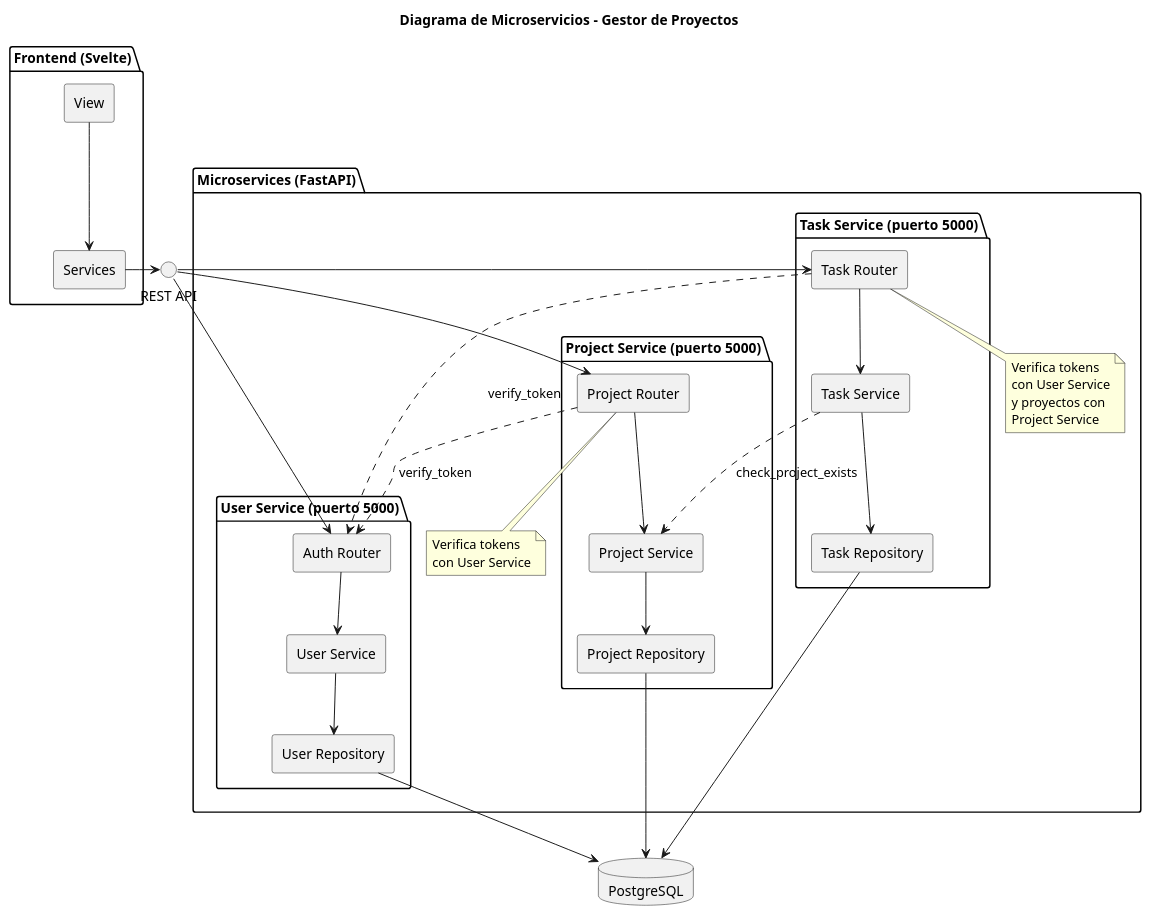
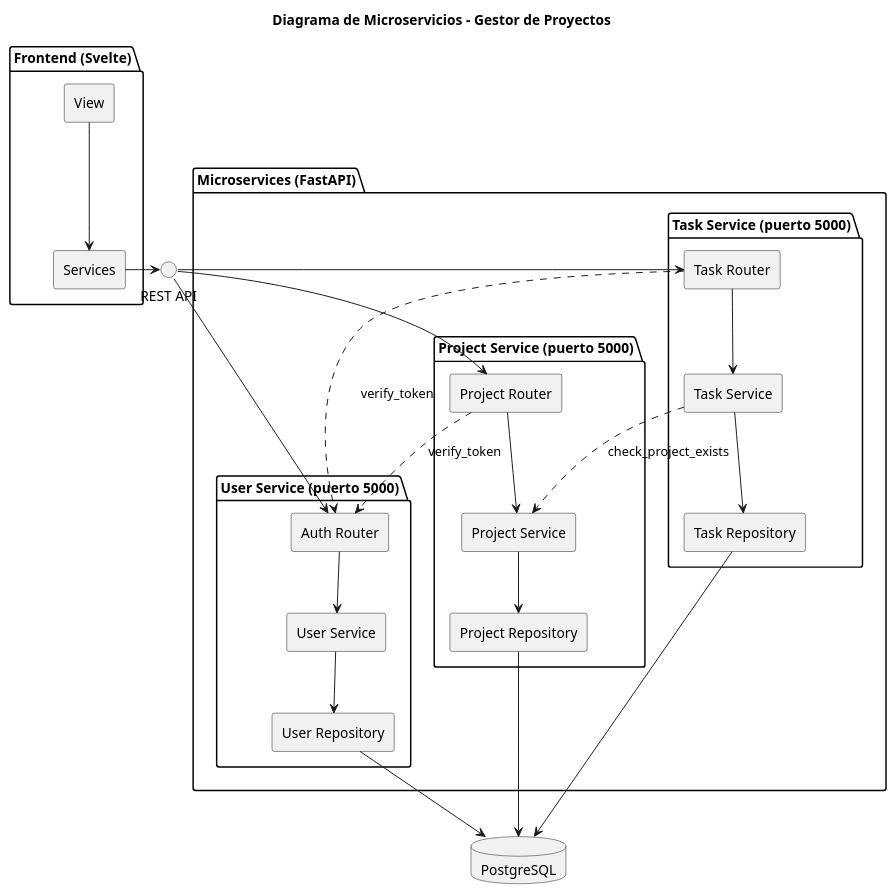
Before and after one commit to PedroScheeffer/demo_ANDIS2: the diagram in docs/arquitectura.md, drawn with PlantUML.

```diff
--- a/docs/arquitectura.md
+++ b/docs/arquitectura.md
@@ -1,68 +1,66 @@
 @startuml
 
 skinparam componentStyle rectangle
 skinparam backgroundColor white
 skinparam shadowing false
 
 title Diagrama de Microservicios - Gestor de Proyectos
 
 package "Frontend (Svelte)" {
     component "View" as view
     component "Services" as fe_services
 
     view --> fe_services
 }
 
 package "Microservices (FastAPI)" {
     package "User Service (puerto 5000)" {
         component "Auth Router" as auth_router
         component "User Service" as s_user
         component "User Repository" as r_user
 
         auth_router --> s_user
         s_user --> r_user
     }
 
     package "Project Service (puerto 5000)" {
         component "Project Router" as proj_router
         component "Project Service" as s_project
         component "Project Repository" as r_project
 
         proj_router --> s_project
         s_project --> r_project
     }
 
     package "Task Service (puerto 5000)" {
         component "Task Router" as task_router
         component "Task Service" as s_task
         component "Task Repository" as r_task
 
         task_router --> s_task
         s_task --> r_task
     }
 
-    note bottom of proj_router : Verifica tokens\ncon User Service
-    note bottom of task_router : Verifica tokens\ncon User Service\ny proyectos con\nProject Service
 }
 
 database "PostgreSQL" as db
 
 ' Interfaces
 interface "REST API" as rest
 
 ' Inter-service communication
 proj_router ..> auth_router : verify_token
 task_router ..> auth_router : verify_token
 s_task ..> s_project : check_project_exists
 
 ' External connections
 fe_services -right-> rest
 rest -right-> auth_router
 rest -right-> proj_router
 rest -right-> task_router
 
 r_user -down-> db
 r_project -down-> db
 r_task -down-> db
 
 @enduml
```
